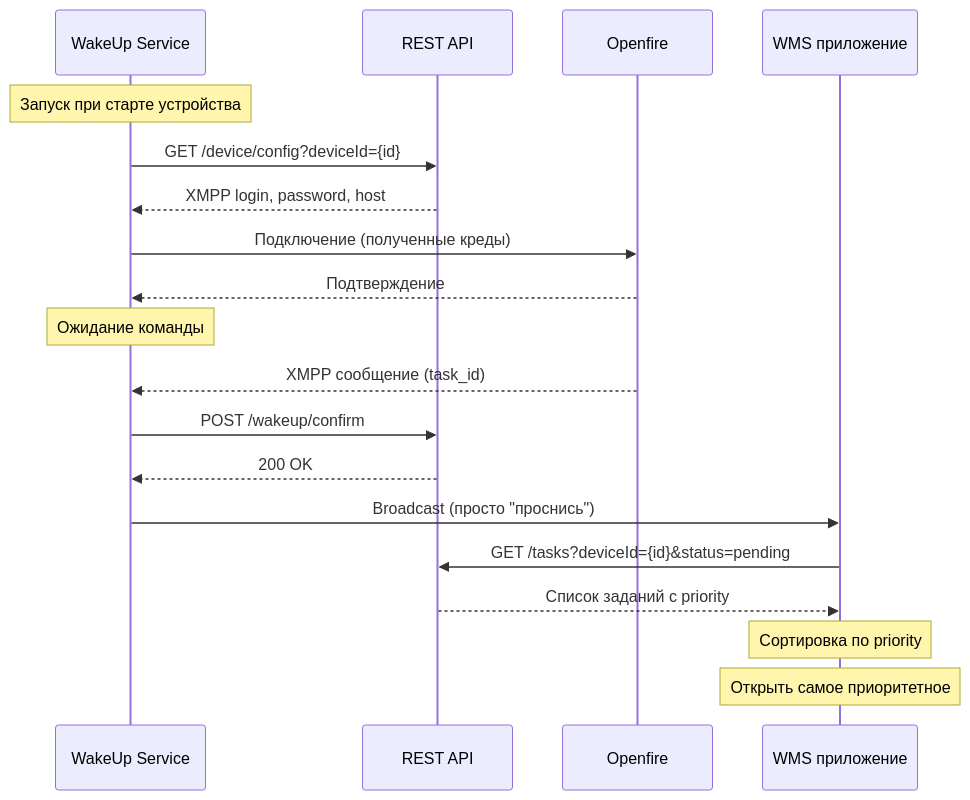
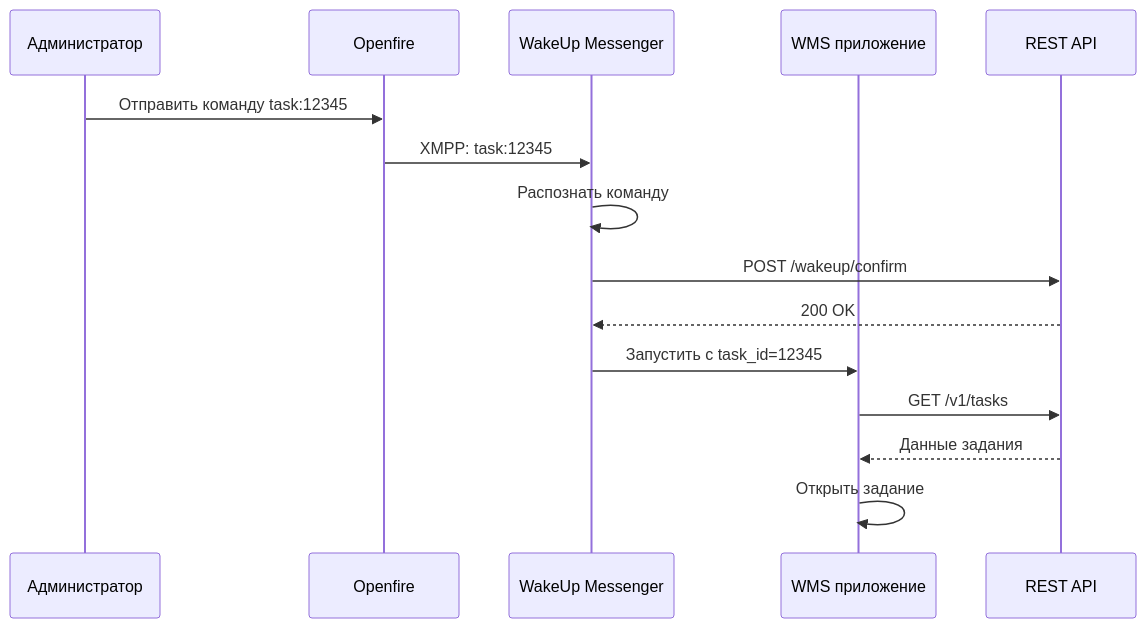
Before and after one commit to polushindn-art/oralce-api: the fourth of 7 diagrams in src/main/resources/markdown/WakeUP_Service/3_WakeUpProd.md, drawn with Mermaid. The commit also changed other lines of this file and 7 other files, not shown here.

````diff
--- a/src/main/resources/markdown/WakeUP_Service/3_WakeUpProd.md
+++ b/src/main/resources/markdown/WakeUP_Service/3_WakeUpProd.md
@@ -246,30 +285,18 @@
 ```mermaid
 sequenceDiagram
-    participant WU as WakeUp Service
+    participant Admin as Администратор
+    participant OF as Openfire
+    participant WU as WakeUp Messenger
+    participant WMS as WMS приложение
     participant API as REST API
-    participant XMPP as Openfire
-    participant WMS as WMS приложение
-
-    Note over WU: Запуск при старте устройства
-
-    WU->>API: GET /device/config?deviceId={id}
-    API-->>WU: XMPP login, password, host
-
-    WU->>XMPP: Подключение (полученные креды)
-    XMPP-->>WU: Подтверждение
-
-    Note over WU: Ожидание команды
-
-    XMPP-->>WU: XMPP сообщение (task_id)
-
+    
+    Admin->>OF: Отправить команду task:12345
+    OF->>WU: XMPP: task:12345
+    WU->>WU: Распознать команду
     WU->>API: POST /wakeup/confirm
     API-->>WU: 200 OK
-
-    WU->>WMS: Broadcast (просто "проснись")
-
-    WMS->>API: GET /tasks?deviceId={id}&status=pending
-    API-->>WMS: Список заданий с priority
-
-    Note over WMS: Сортировка по priority
-    Note over WMS: Открыть самое приоритетное
+    WU->>WMS: Запустить с task_id=12345
+    WMS->>API: GET /v1/tasks
+    API-->>WMS: Данные задания
+    WMS->>WMS: Открыть задание
 ```
````
